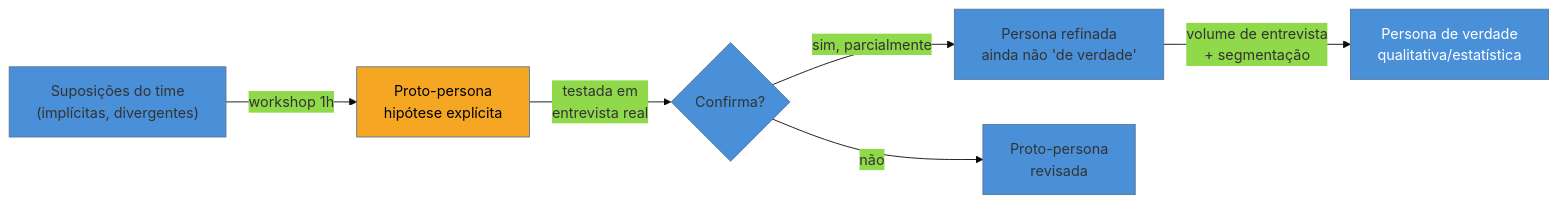
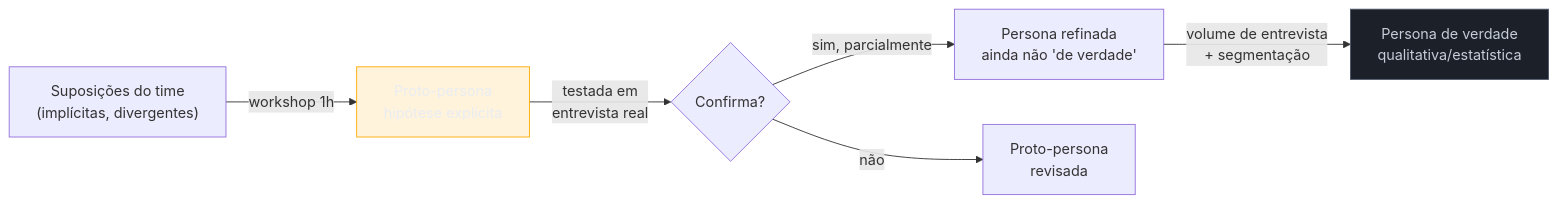
Before and after one commit to josenaldo/codex-technomanticus: the diagram in 03-Dominios/Engenharia/UX/Descoberta e Pesquisa/12 - Proto-persona vs persona de verdade.md, drawn with Mermaid. The commit also changed 1181 other files, not shown here.

First line of the commit message:
fix(diagramas): paleta do sistema no lugar de cor cravada no markdown

````diff
--- a/03-Dominios/Engenharia/UX/Descoberta e Pesquisa/12 - Proto-persona vs persona de verdade.md
+++ b/03-Dominios/Engenharia/UX/Descoberta e Pesquisa/12 - Proto-persona vs persona de verdade.md
@@ -27,11 +27,12 @@
 ```mermaid
-%%{init: {"theme": "base", "themeVariables": {"primaryColor": "#4A90D9"}}}%%
 graph LR
+    classDef destaque fill:#FFAA0024,stroke:#FFAA00,color:#E9ECF2
+    classDef neutro fill:#1B2029,stroke:#4E5666,color:#C6CCD8
     S["Suposições do time<br/>(implícitas, divergentes)"] -->|"workshop 1h"| PP["Proto-persona<br/>hipótese explícita"]
     PP -->|"testada em<br/>entrevista real"| V{"Confirma?"}
     V -->|"sim, parcialmente"| PV["Persona refinada<br/>ainda não 'de verdade'"]
     V -->|"não"| PP2["Proto-persona<br/>revisada"]
     PV -->|"volume de entrevista<br/>+ segmentação"| PDV["Persona de verdade<br/>qualitativa/estatística"]
-    style PP fill:#F5A623,color:#000
-    style PDV fill:#4A90D9,color:#fff
+    class PP destaque
+    class PDV neutro
 ```
````
